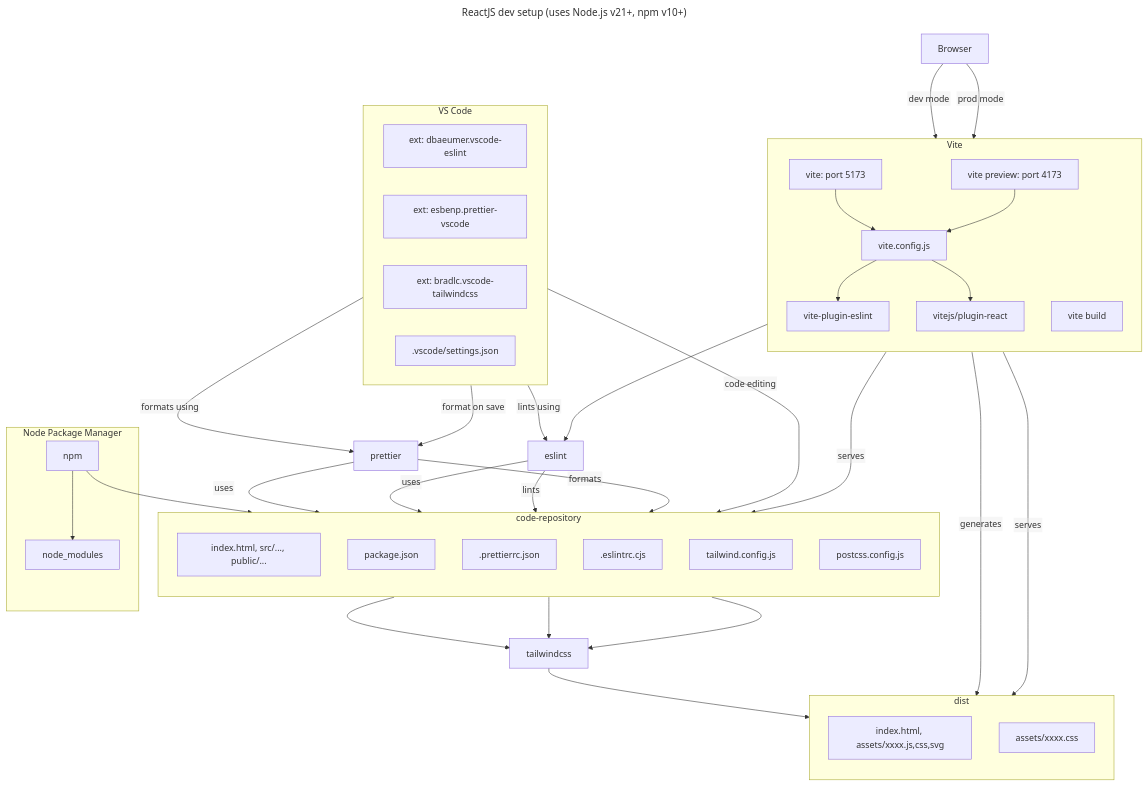
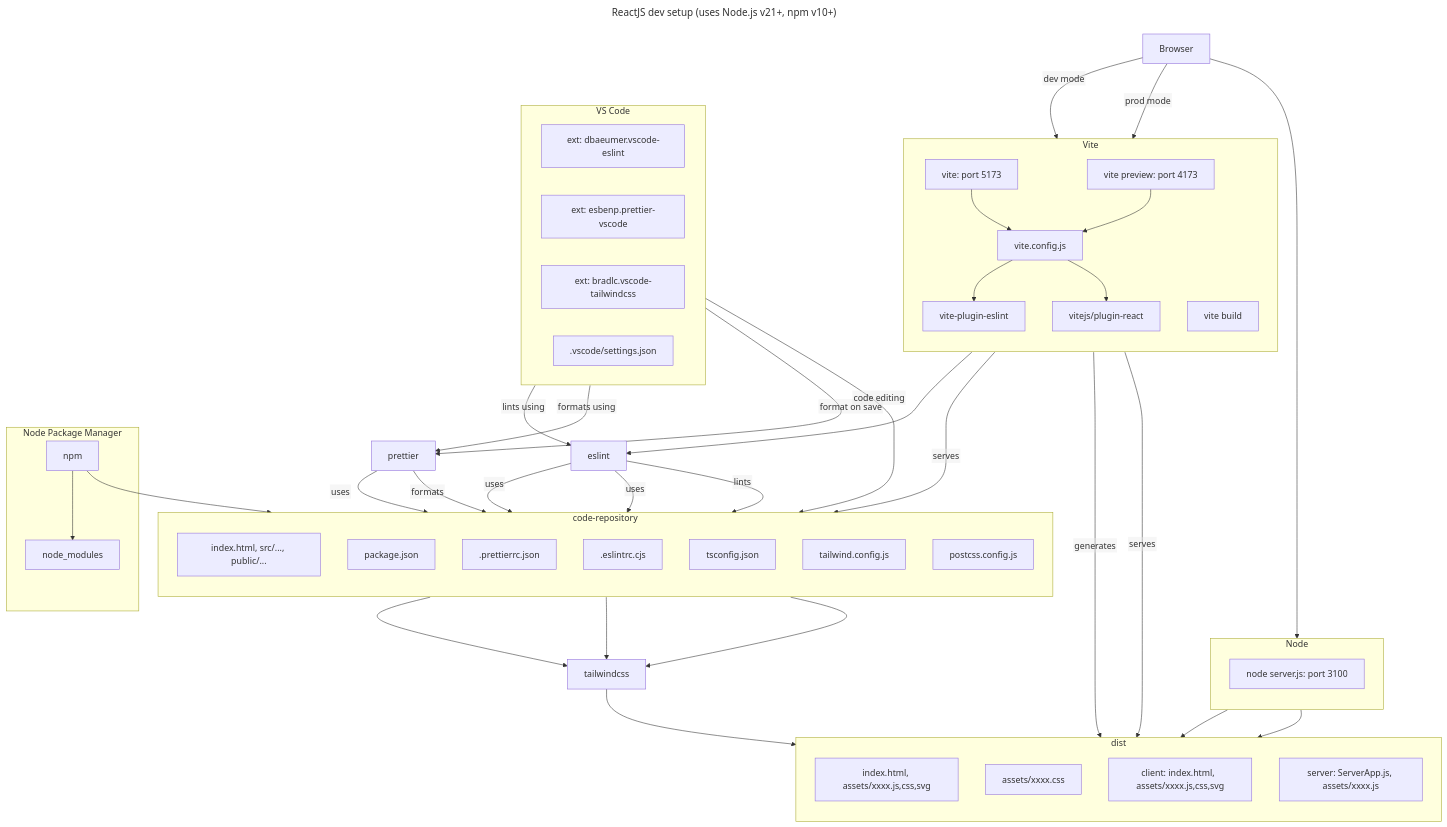
The first of 6 diagrams in README.md (zen-code-symphony/reactconcepts), drawn with Mermaid before and after one commit. The commit also changed other lines of this file and 32 other files, not shown here.

````diff
--- a/README.md
+++ b/README.md
@@ -33,60 +34,71 @@
 ```mermaid
 ---
 title: ReactJS dev setup (uses Node.js v21+, npm v10+)
 ---
 %%{init: {"flowchart": {"htmlLabels": false}} }%%
 flowchart TB
+    subgraph Node
+      direction TB
+      nodeserver[node server.js: port 3100]
+    end
     subgraph Vite
         direction TB
         viteserver[vite: port 5173] --> viteconfig[vite.config.js]
         vitepreview[vite preview: port 4173] --> viteconfig
         viteconfig --> viteplugineslint[vite-plugin-eslint]
         viteconfig --> vitejspluginreact[vitejs/plugin-react]
         vitebuild[vite build]
     end
     subgraph dist
         direction TB
         index.html1[index.html, assets/xxxx.js,css,svg]
         indexcss[assets/xxxx.css]
+        clientdist[client: index.html,  assets/xxxx.js,css,svg]
+        serverdist[server: ServerApp.js, assets/xxxx.js]
     end
     subgraph code-repository
         direction TB
         index.html2[index.html, src/..., public/...]
         packagejson[package.json]
         prettierconfig[.prettierrc.json]
         eslintconfig[.eslintrc.cjs]
+        tsconfigjson[tsconfig.json]
         tailwindconfig[tailwind.config.js]
         postcssconfig[postcss.config.js]
     end
     tailwindconfig --> tailwindcss
     postcssconfig --> tailwindcss
     index.html2 --> tailwindcss
     tailwindcss --> indexcss
     prettier --uses--> prettierconfig
     eslint --uses--> eslintconfig
+    eslint --uses--> tsconfigjson
     subgraph VSCode[VS Code]
         direction LR
         vscode-eslint[ext: dbaeumer.vscode-eslint]
         vscode-prettier[ext: esbenp.prettier-vscode]
         vscode-tailwind[ext: bradlc.vscode-tailwindcss]
         vscodesettings[.vscode/settings.json]
     end
     subgraph Node Package Manager
         npm --> packagejson
         npm --> node_modules
     end
 
     viteplugineslint --> eslint
     eslint --lints--> index.html2
     prettier --formats--> index.html2
     VSCode --code editing--> code-repository
     vscode-eslint --lints using--> eslint
     vscode-prettier --formats using--> prettier
     vscodesettings --format on save--> prettier
 
     vitebuild --generates--> dist
     vitepreview --serves--> dist
     viteserver --serves --> index.html2
     Browser --dev mode--> viteserver
     Browser --prod mode--> vitepreview
+    Browser --> nodeserver
+    nodeserver --> clientdist
+    nodeserver --> serverdist
 ```
````
